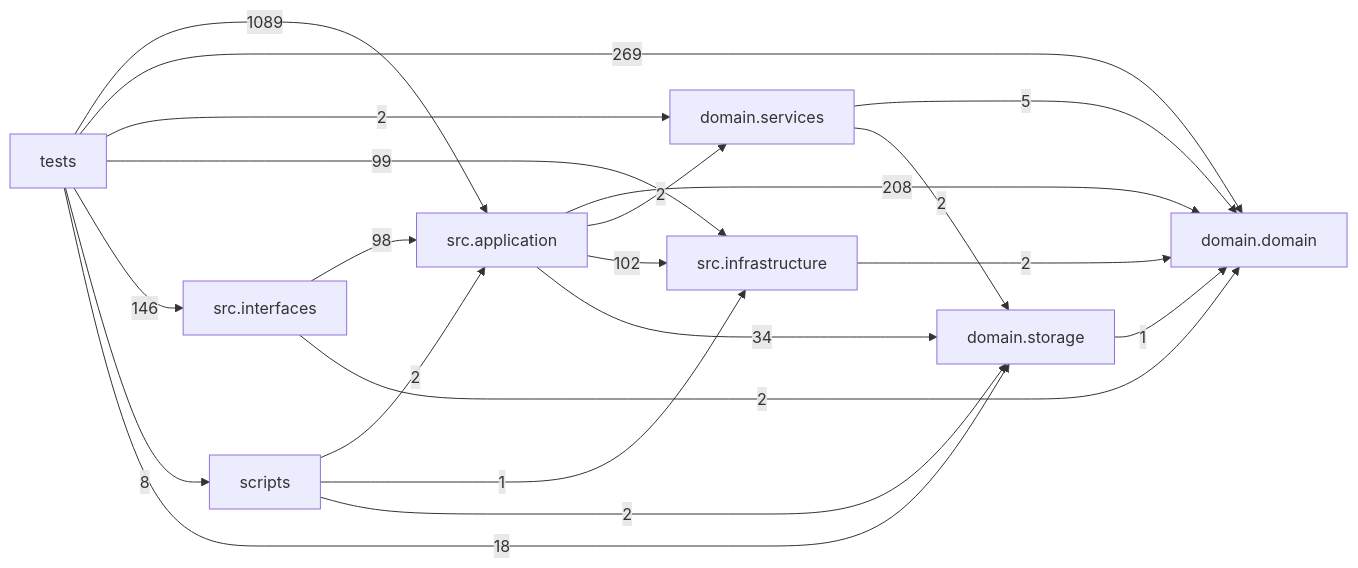
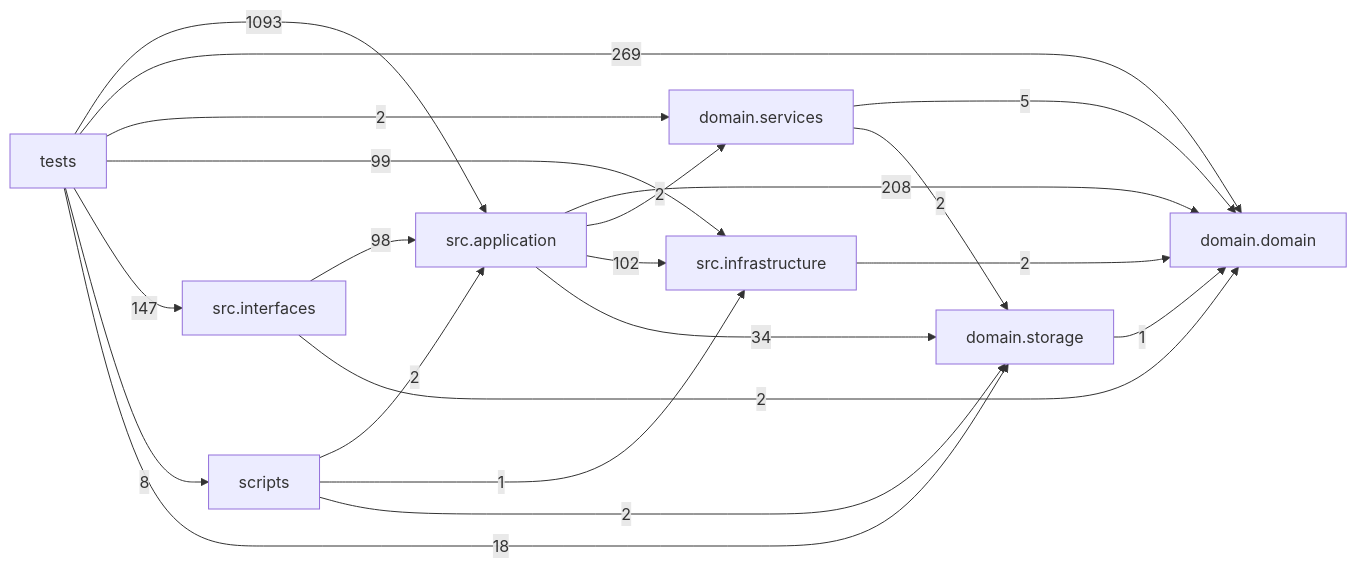
One commit to liuxie066/options-monitor changed the diagram in docs/DEPENDENCY_GRAPH.md. Above: the diagram before and after it, drawn with Mermaid. The commit also changed other lines of this file and 14 other files, not shown here.

````diff
--- a/docs/DEPENDENCY_GRAPH.md
+++ b/docs/DEPENDENCY_GRAPH.md
@@ -24,31 +24,31 @@
 ```mermaid
 flowchart LR
   tests["tests"]
   scripts["scripts"]
   interfaces["src.interfaces"]
   application["src.application"]
   infrastructure["src.infrastructure"]
   domain_services["domain.services"]
   domain["domain.domain"]
   storage["domain.storage"]
   application -->|208| domain
   application -->|2| domain_services
   application -->|102| infrastructure
   application -->|34| storage
   domain_services -->|5| domain
   domain_services -->|2| storage
   infrastructure -->|2| domain
   interfaces -->|98| application
   interfaces -->|2| domain
   scripts -->|2| application
   scripts -->|1| infrastructure
   scripts -->|2| storage
   storage -->|1| domain
-  tests -->|1089| application
+  tests -->|1093| application
   tests -->|269| domain
   tests -->|2| domain_services
   tests -->|99| infrastructure
-  tests -->|146| interfaces
+  tests -->|147| interfaces
   tests -->|8| scripts
   tests -->|18| storage
 ```
````
